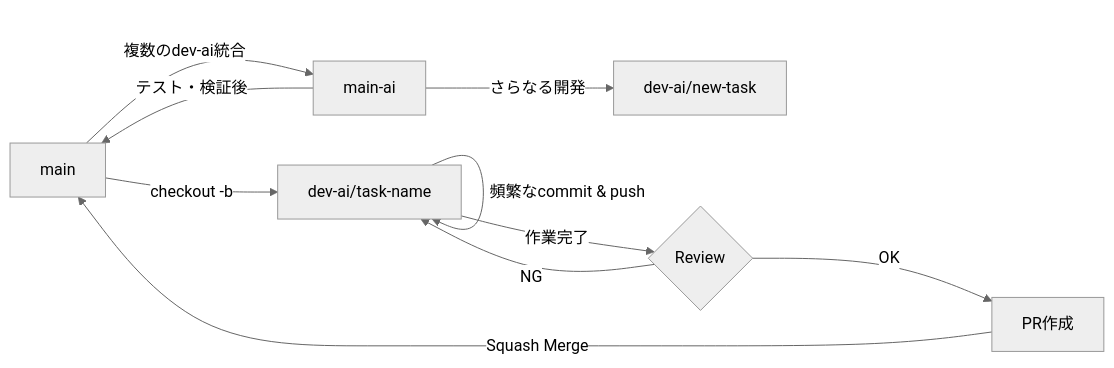
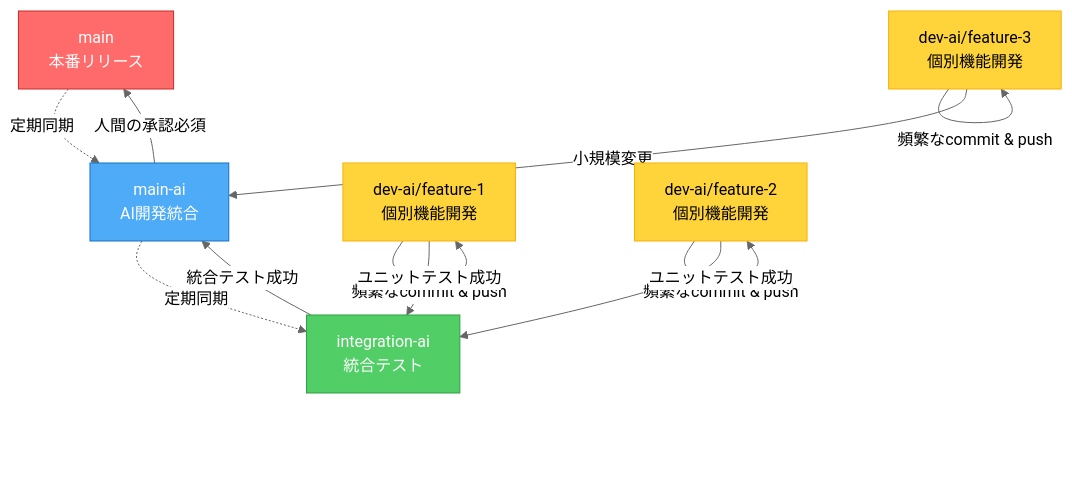
Before and after one commit to plumiume/python-cslrtools2: the diagram in BRANCHING_STRATEGY.md, drawn with Mermaid (neutral theme). The commit also changed other lines of this file and 4 other files, not shown here.

````diff
--- a/BRANCHING_STRATEGY.md
+++ b/BRANCHING_STRATEGY.md
@@ -113,12 +189,30 @@
 ```mermaid
-graph LR
-    A[main] -->|checkout -b| B[dev-ai/task-name]
-    B -->|頻繁なcommit & push| B
-    B -->|作業完了| C{Review}
-    C -->|OK| D[PR作成]
-    D -->|Squash Merge| A
-    C -->|NG| B
-    A -->|複数のdev-ai統合| E[main-ai]
-    E -->|さらなる開発| F[dev-ai/new-task]
-    E -->|テスト・検証後| A
+graph TB
+    A[main<br/>本番リリース] 
+    B[main-ai<br/>AI開発統合]
+    C[integration-ai<br/>統合テスト]
+    D1[dev-ai/feature-1<br/>個別機能開発]
+    D2[dev-ai/feature-2<br/>個別機能開発]
+    D3[dev-ai/feature-3<br/>個別機能開発]
+    
+    D1 -->|頻繁なcommit & push| D1
+    D2 -->|頻繁なcommit & push| D2
+    D3 -->|頻繁なcommit & push| D3
+    
+    D1 -->|ユニットテスト成功| C
+    D2 -->|ユニットテスト成功| C
+    D3 -->|小規模変更| B
+    
+    C -->|統合テスト成功| B
+    B -->|人間の承認必須| A
+    
+    A -.定期同期.-> B
+    B -.定期同期.-> C
+    
+    style A fill:#ff6b6b,stroke:#c92a2a,color:#fff
+    style B fill:#4dabf7,stroke:#1971c2,color:#fff
+    style C fill:#51cf66,stroke:#2f9e44,color:#fff
+    style D1 fill:#ffd43b,stroke:#fab005
+    style D2 fill:#ffd43b,stroke:#fab005
+    style D3 fill:#ffd43b,stroke:#fab005
 ```
````
